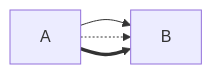
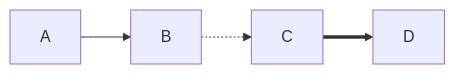
Before and after one commit to neochen2701/CodeJudgerBook: the fourth of 7 diagrams in part2/Console-2-1-3.md, drawn with Mermaid. The commit also changed other lines of this file, not shown here.

````diff
--- a/part2/Console-2-1-3.md
+++ b/part2/Console-2-1-3.md
@@ -94,6 +95,6 @@
 ```mermaid
 graph LR
     A-->B;
-    A-.->B;
-    A ==> B;
+    B-.->C;
+    C ==> D;
 ```
````
